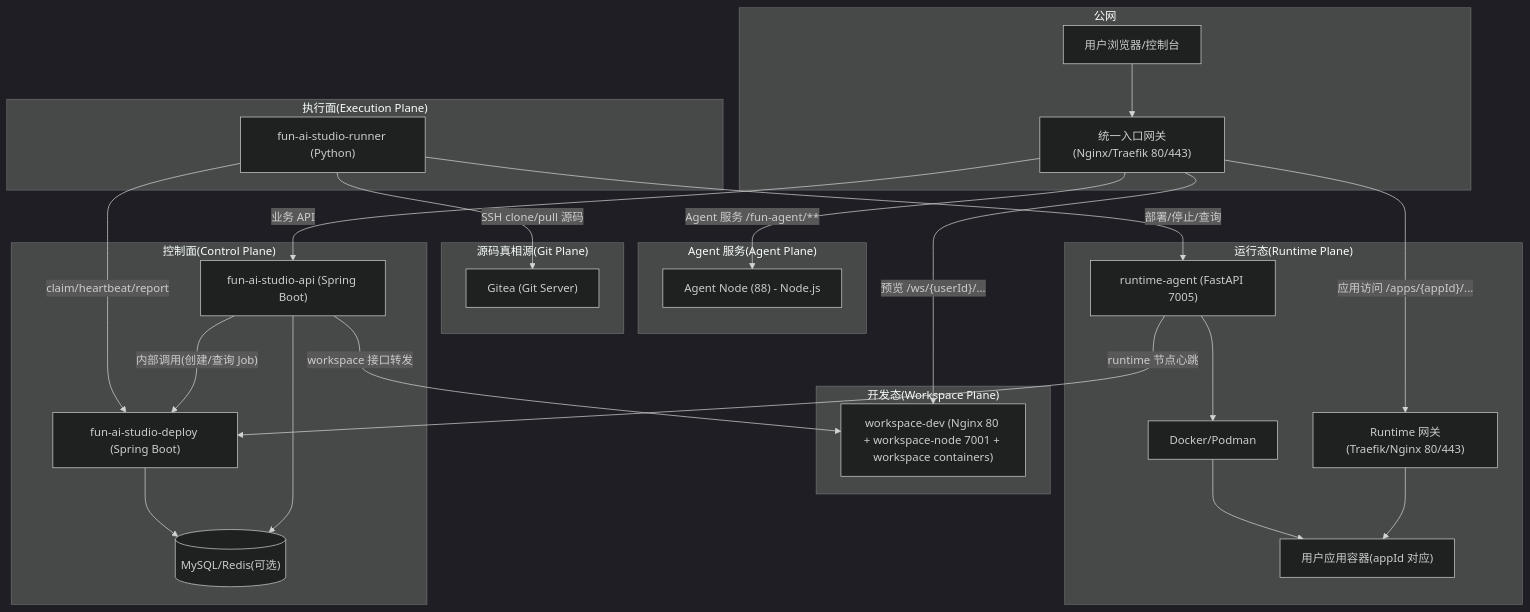
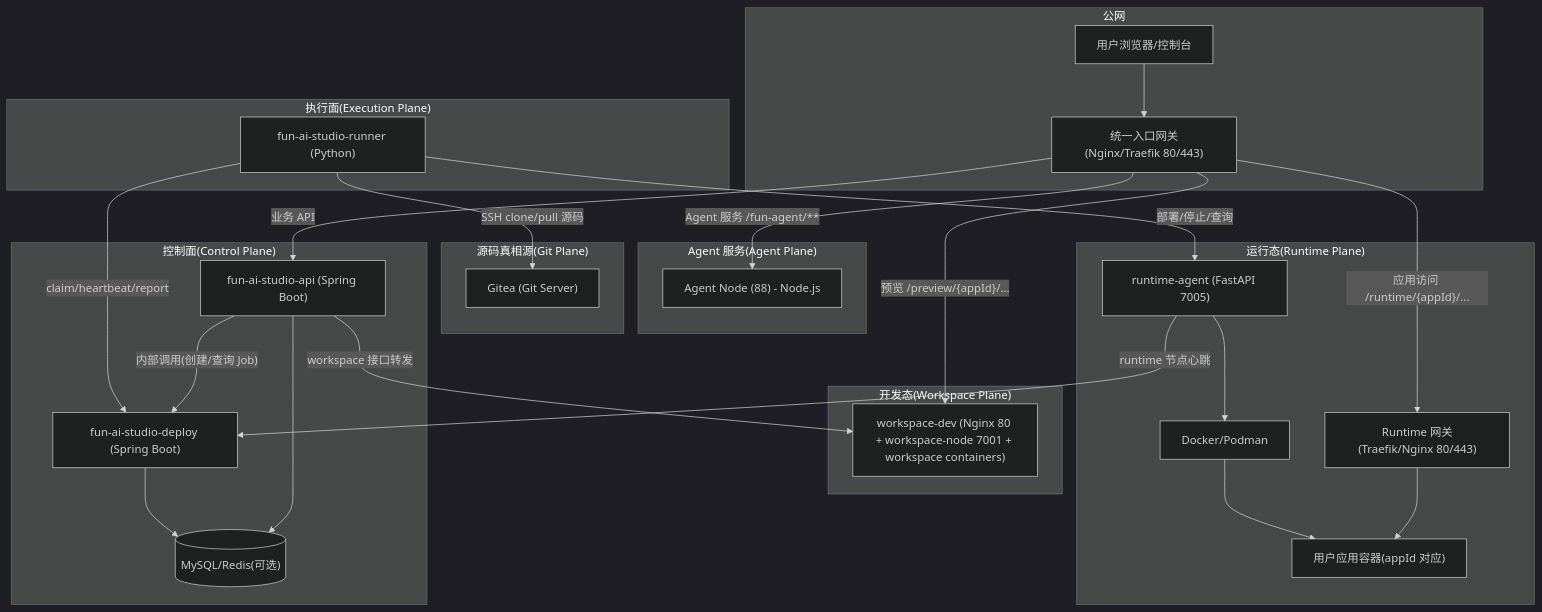
The first of 3 diagrams in src/main/resources/doc/domains/deploy/architecture.md (ruiAndroid/fun-ai-studio-api), drawn with Mermaid (dark theme) before and after one commit. The commit also changed other lines of this file and 30 other files, not shown here.

````diff
--- a/src/main/resources/doc/domains/deploy/architecture.md
+++ b/src/main/resources/doc/domains/deploy/architecture.md
@@ -21,55 +21,55 @@
 ```mermaid
 flowchart TD
   subgraph Public["公网"]
     Browser["用户浏览器/控制台"]
     Gateway["统一入口网关(Nginx/Traefik 80/443)"]
   end
 
   subgraph ControlPlane["控制面(Control Plane)"]
     API["fun-ai-studio-api (Spring Boot)"]
     Deploy["fun-ai-studio-deploy (Spring Boot)"]
     DB[("MySQL/Redis(可选)")]
   end
 
   subgraph AgentPlane["Agent 服务(Agent Plane)"]
     AgentNode["Agent Node (88) - Node.js"]
   end
 
   subgraph GitPlane["源码真相源(Git Plane)"]
     Git["Gitea (Git Server)"]
   end
 
   subgraph WorkspacePlane["开发态(Workspace Plane)"]
     WSDev["workspace-dev (Nginx 80 + workspace-node 7001 + workspace containers)"]
   end
 
   subgraph ExecPlane["执行面(Execution Plane)"]
     Runner["fun-ai-studio-runner (Python)"]
   end
 
   subgraph RuntimePlane["运行态(Runtime Plane)"]
     RTGW["Runtime 网关(Traefik/Nginx 80/443)"]
     Agent["runtime-agent (FastAPI 7005)"]
     Docker["Docker/Podman"]
     AppCtn["用户应用容器(appId 对应)"]
   end
 
   Browser --> Gateway
   Gateway -->|"业务 API"| API
   Gateway -->|"Agent 服务 /fun-agent/**"| AgentNode
-  Gateway -->|"预览 /ws/{userId}/..."| WSDev
-  Gateway -->|"应用访问 /apps/{appId}/..."| RTGW
+  Gateway -->|"预览 /preview/{appId}/..."| WSDev
+  Gateway -->|"应用访问 /runtime/{appId}/..."| RTGW
 
   API -->|"内部调用(创建/查询 Job)"| Deploy
   API -->|"workspace 接口转发"| WSDev
   Runner -->|"claim/heartbeat/report"| Deploy
   Agent -->|"runtime 节点心跳"| Deploy
   Runner -->|"部署/停止/查询"| Agent
   Runner -->|"SSH clone/pull 源码"| Git
 
   API --> DB
   Deploy --> DB
   RTGW --> AppCtn
   Agent --> Docker
   Docker --> AppCtn
 ```
````
